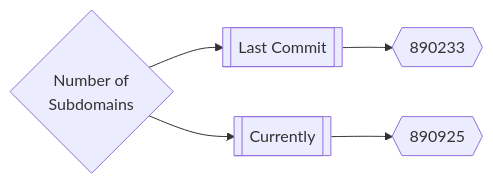
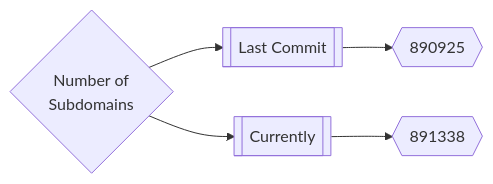
One commit to trickest/inventory changed the first of 3 diagrams in README.md. Above: the diagram before and after it, drawn with Mermaid. The commit also changed other lines of this file, not shown here.

Commit message:
Update README.md Tue Jun 21 20:37:35 UTC 2022

````diff
--- a/README.md
+++ b/README.md
@@ -167,5 +167,5 @@
 ```mermaid
 graph LR
-title{Number of<br>Subdomains} --> subdomainsDate1[[Last Commit]] --> subdomainsNum1{{890233}}
-title --> subdomainsDate2[[Currently]] --> subdomainsNum2{{890925}}
+title{Number of<br>Subdomains} --> subdomainsDate1[[Last Commit]] --> subdomainsNum1{{890925}}
+title --> subdomainsDate2[[Currently]] --> subdomainsNum2{{891338}}
 ```
````
